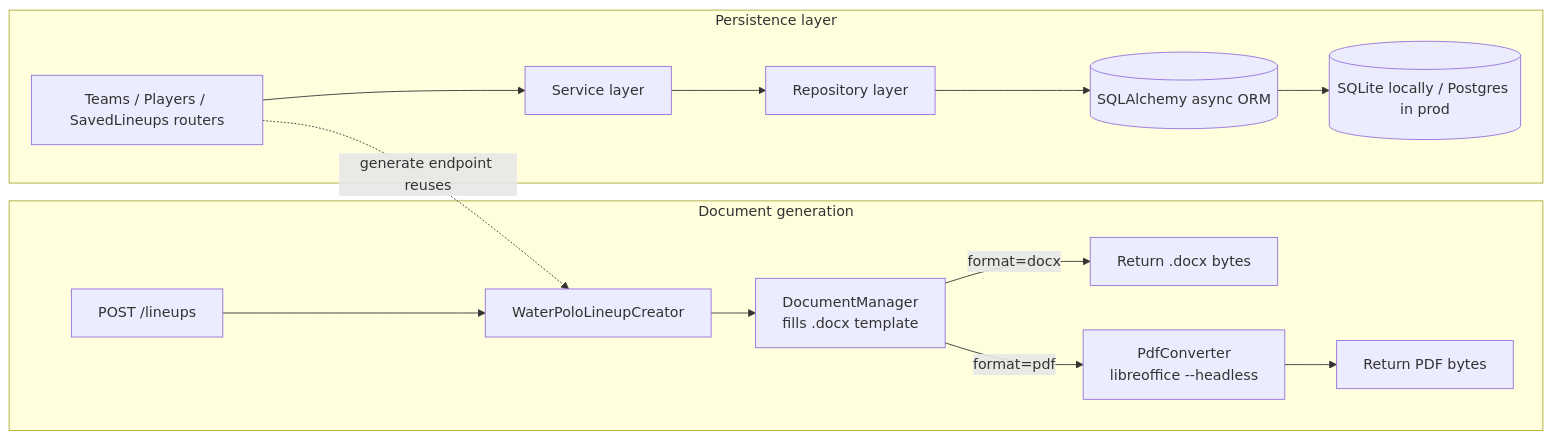
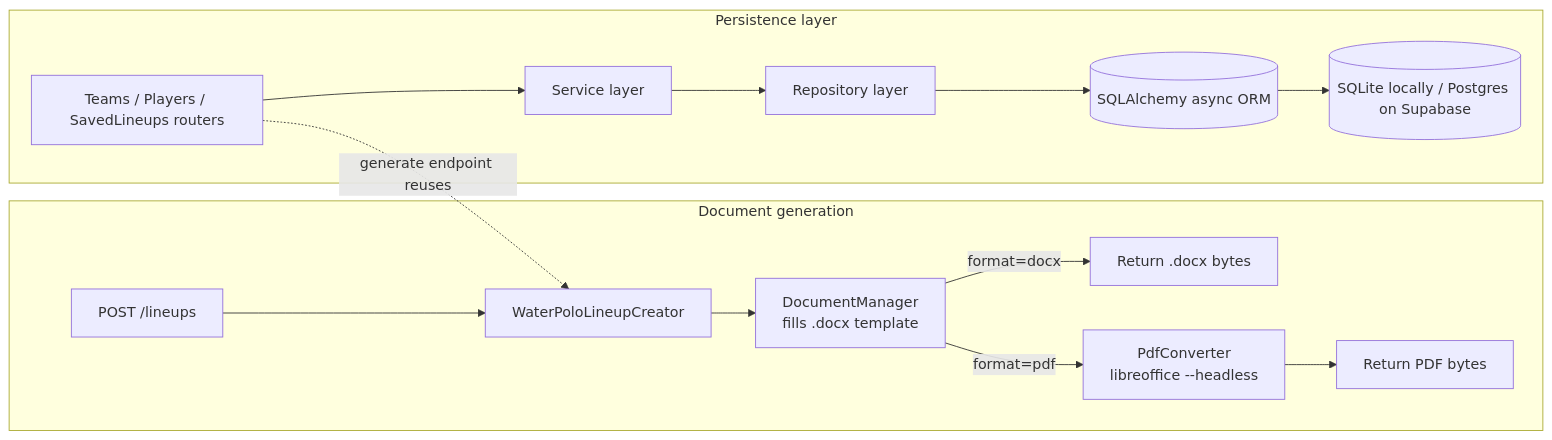
The first of 3 diagrams in documentation/Current-State-Backend.md (LasterBergamot/lineup), drawn with Mermaid before and after one commit. The commit also changed other lines of this file and 16 other files, not shown here.

First line of the commit message:
Point the dev environment at Supabase Postgres via DATABASE_URL (#6)

````diff
--- a/documentation/Current-State-Backend.md
+++ b/documentation/Current-State-Backend.md
@@ -9,19 +9,19 @@
 ```mermaid
 flowchart LR
     subgraph Document generation
         A[POST /lineups] --> B[WaterPoloLineupCreator]
         B --> C[DocumentManager<br/>fills .docx template]
         C -->|format=docx| D[Return .docx bytes]
         C -->|format=pdf| E[PdfConverter<br/>libreoffice --headless]
         E --> F[Return PDF bytes]
     end
 
     subgraph Persistence layer
         G[Teams / Players / SavedLineups routers] --> H[Service layer]
         H --> I[Repository layer]
         I --> J[(SQLAlchemy async ORM)]
-        J --> K[(SQLite locally / Postgres in prod)]
+        J --> K[(SQLite locally / Postgres on Supabase)]
     end
 
     G -.->|"generate" endpoint reuses| B
 ```
````
